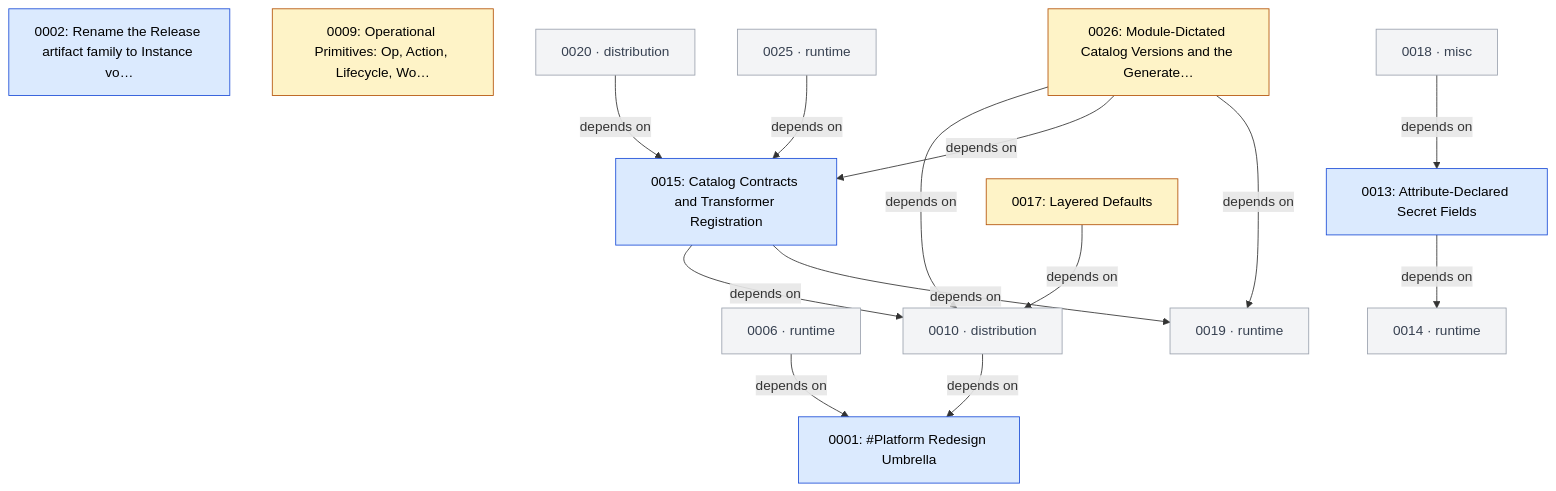
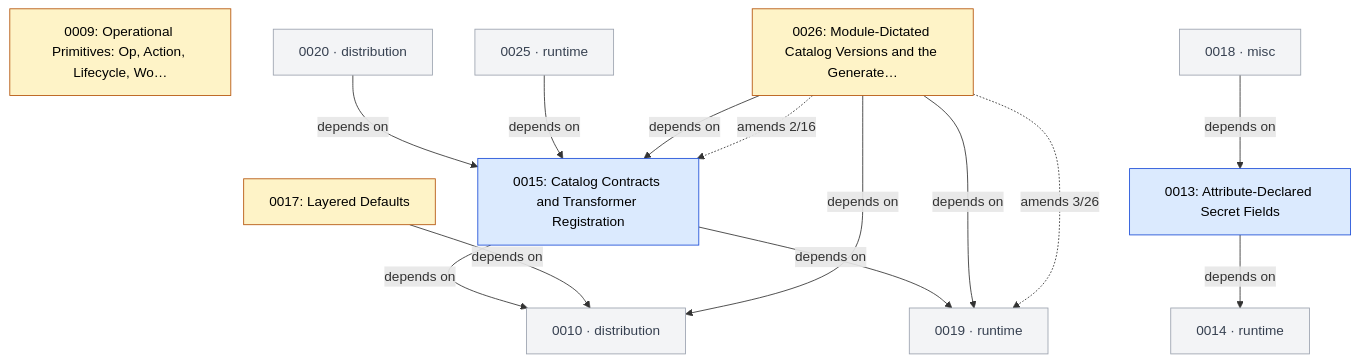
The second of 7 diagrams in GRAPH.md (open-platform-model/enhancements), drawn with Mermaid before and after one commit. The commit also changed other lines of this file and 525 other files, not shown here.

````diff
--- a/GRAPH.md
+++ b/GRAPH.md
@@ -46,38 +49,36 @@
 ```mermaid
 graph TD
   classDef draft       fill:#fef3c7,stroke:#b45309,color:#000
   classDef accepted    fill:#dbeafe,stroke:#1d4ed8,color:#000
   classDef rejected    fill:#fee2e2,stroke:#b91c1c,color:#7f1d1d,stroke-dasharray:4 2
   classDef superseded  fill:#e5e7eb,stroke:#6b7280,color:#6b7280
+  classDef delivered   fill:#dcfce7,stroke:#15803d,color:#14532d
   classDef legacy      fill:#fafafa,stroke:#9ca3af,color:#6b7280,stroke-dasharray:3 3
   classDef stub        fill:#f3f4f6,stroke:#9ca3af,color:#374151
   classDef category    fill:#ede9fe,stroke:#6d28d9,color:#000
 
-  N0001["0001: #Platform Redesign Umbrella"]:::accepted
-  N0002["0002: Rename the Release artifact family to Instance vo…"]:::accepted
   N0009["0009: Operational Primitives: Op, Action, Lifecycle, Wo…"]:::draft
   N0013["0013: Attribute-Declared Secret Fields"]:::accepted
   N0015["0015: Catalog Contracts and Transformer Registration"]:::accepted
   N0017["0017: Layered Defaults"]:::draft
   N0026["0026: Module-Dictated Catalog Versions and the Generate…"]:::draft
-  N0006["0006 · runtime"]:::stub
   N0010["0010 · distribution"]:::stub
   N0014["0014 · runtime"]:::stub
   N0018["0018 · misc"]:::stub
   N0019["0019 · runtime"]:::stub
   N0020["0020 · distribution"]:::stub
   N0025["0025 · runtime"]:::stub
 
-  N0006 -->|depends on| N0001
-  N0010 -->|depends on| N0001
   N0013 -->|depends on| N0014
   N0015 -->|depends on| N0010
   N0015 -->|depends on| N0019
   N0017 -->|depends on| N0010
   N0018 -->|depends on| N0013
   N0020 -->|depends on| N0015
   N0025 -->|depends on| N0015
   N0026 -->|depends on| N0010
   N0026 -->|depends on| N0015
   N0026 -->|depends on| N0019
+  N0026 -.->|amends 2/16| N0015
+  N0026 -.->|amends 3/26| N0019
 ```
````
